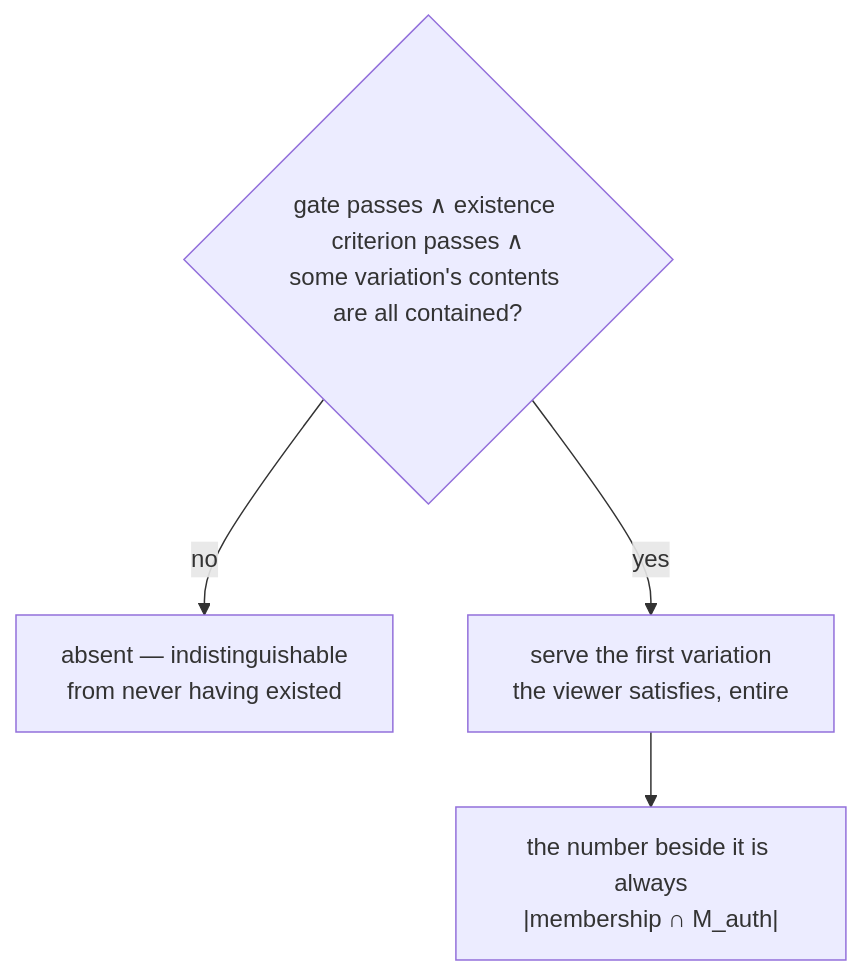
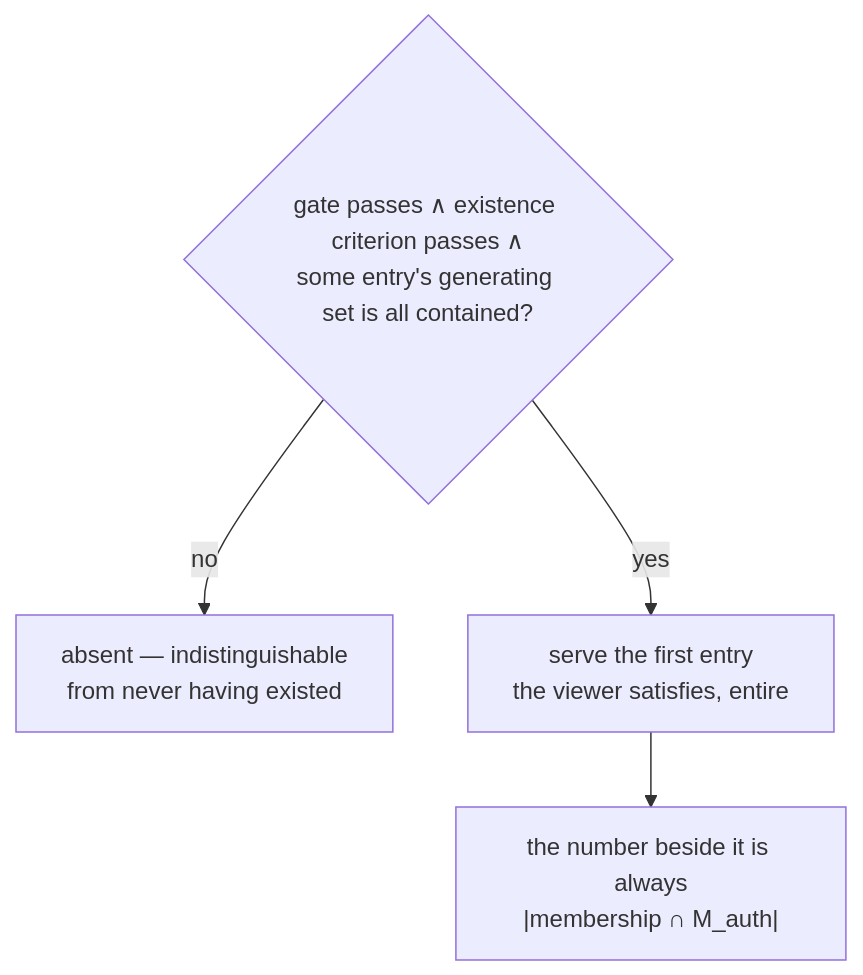
Before and after one commit to jennis0/tesseradb: the second of 3 diagrams in docs/design/annotations.md, drawn with Mermaid. The commit also changed other lines of this file and 56 other files, not shown here.

````diff
--- a/docs/design/annotations.md
+++ b/docs/design/annotations.md
@@ -267,7 +268,7 @@
 ```mermaid
 flowchart TB
-  E{"gate passes ∧ existence criterion passes ∧<br/>some variation's contents are all contained?"}
+  E{"gate passes ∧ existence criterion passes ∧<br/>some entry's generating set is all contained?"}
   E -->|no| X["absent — indistinguishable<br/>from never having existed"]
-  E -->|yes| S["serve the first variation<br/>the viewer satisfies, entire"]
+  E -->|yes| S["serve the first entry<br/>the viewer satisfies, entire"]
   S --> N["the number beside it is always<br/>|membership ∩ M_auth|"]
 ```
````
